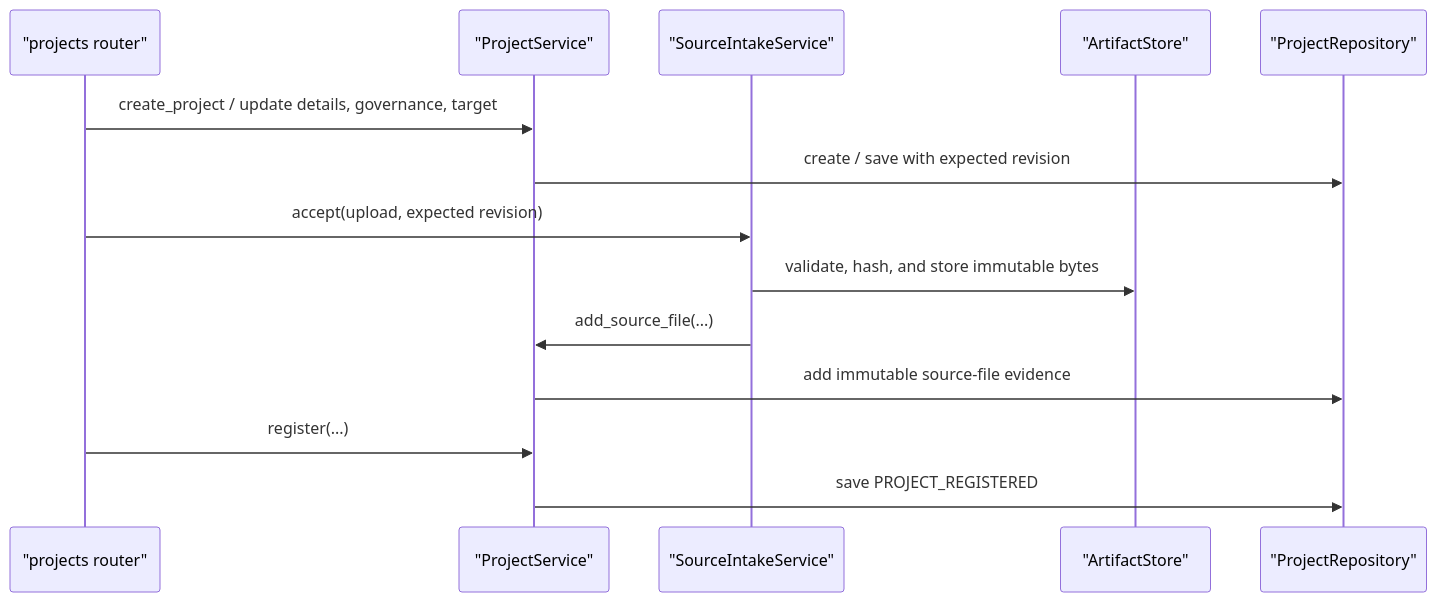
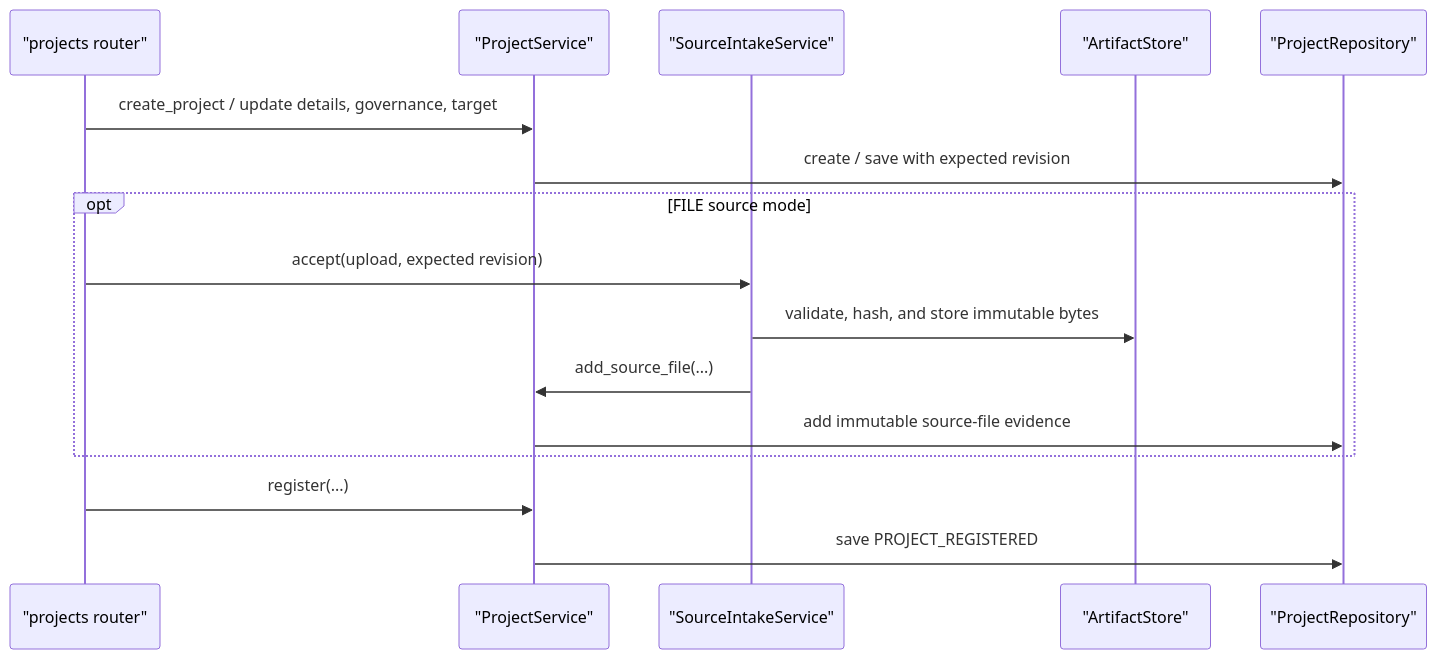
The third of 8 diagrams in docs/architecture/python-code-map.md (fderyckel/dev-impodo), drawn with Mermaid before and after one commit. The commit also changed other lines of this file and 33 other files, not shown here.

First line of the commit message:
feat: Introduce Odoo source mode for project management

````diff
--- a/docs/architecture/python-code-map.md
+++ b/docs/architecture/python-code-map.md
@@ -223,17 +225,19 @@
 ```mermaid
 sequenceDiagram
     participant Route as "projects router"
     participant Project as "ProjectService"
     participant Intake as "SourceIntakeService"
     participant Artifacts as "ArtifactStore"
     participant Repo as "ProjectRepository"
 
     Route->>Project: create_project / update details, governance, target
     Project->>Repo: create / save with expected revision
-    Route->>Intake: accept(upload, expected revision)
-    Intake->>Artifacts: validate, hash, and store immutable bytes
-    Intake->>Project: add_source_file(...)
-    Project->>Repo: add immutable source-file evidence
+    opt FILE source mode
+        Route->>Intake: accept(upload, expected revision)
+        Intake->>Artifacts: validate, hash, and store immutable bytes
+        Intake->>Project: add_source_file(...)
+        Project->>Repo: add immutable source-file evidence
+    end
     Route->>Project: register(...)
     Project->>Repo: save PROJECT_REGISTERED
 ```
````
